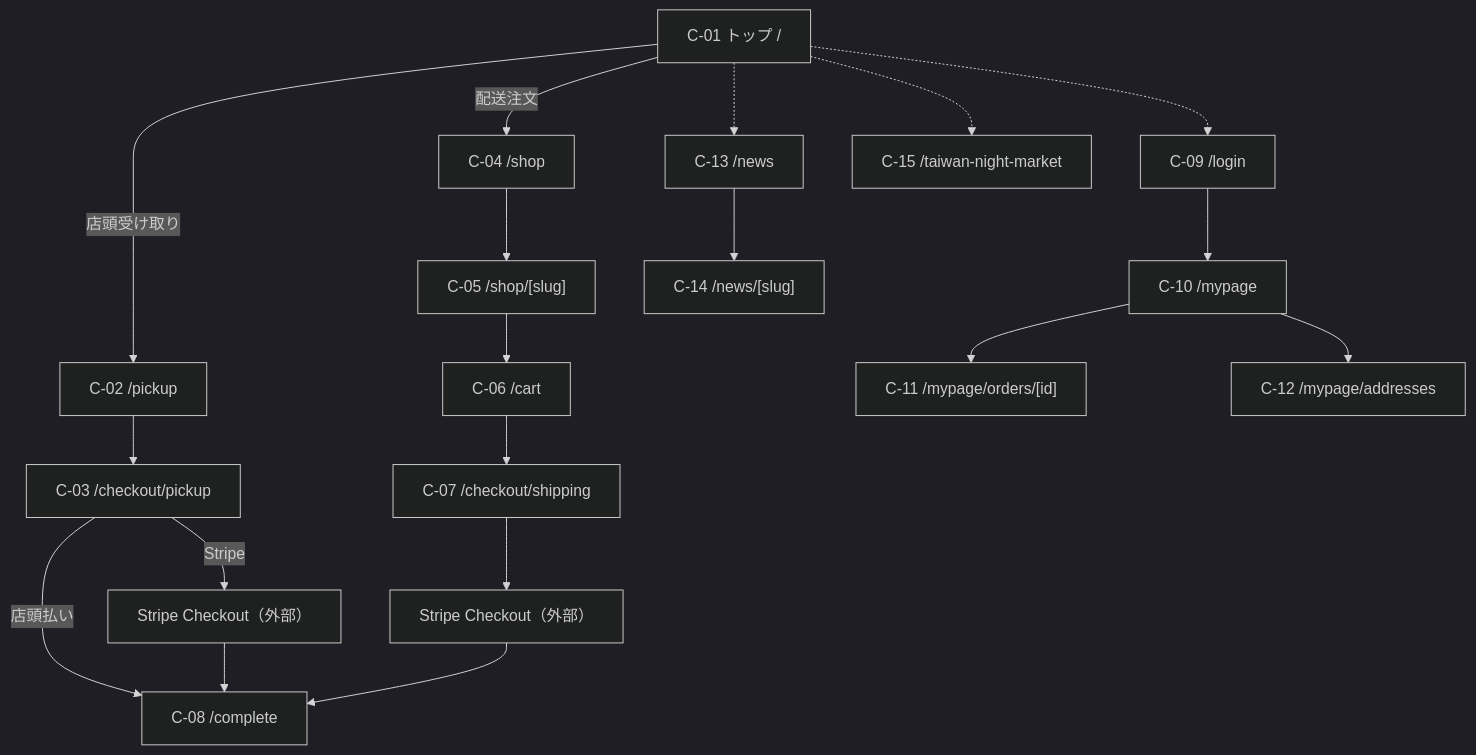
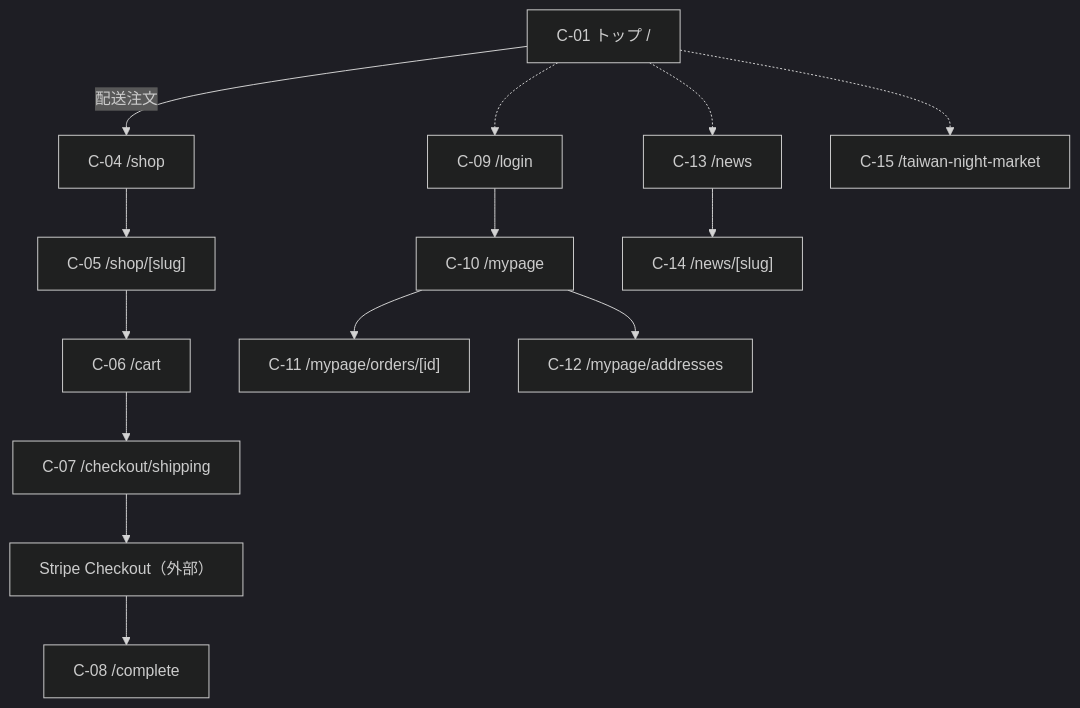
One commit to FuseKota/momo-payment changed the first of 2 diagrams in docs/SCREEN_DESIGN.md. Above: the diagram before and after it, drawn with Mermaid (dark theme). The commit also changed other lines of this file and 7 other files, not shown here.

First line of the commit message:
docs: 店頭受け取り/店頭払い/Square 撤去を全ドキュメントへ反映

````diff
--- a/docs/SCREEN_DESIGN.md
+++ b/docs/SCREEN_DESIGN.md
@@ -54,26 +52,20 @@
 ```mermaid
 graph TD
     Top["C-01 トップ /"]
-
-    Top -->|店頭受け取り| Pickup["C-02 /pickup"]
-    Pickup --> CkPickup["C-03 /checkout/pickup"]
-    CkPickup -->|店頭払い| Complete["C-08 /complete"]
-    CkPickup -->|Stripe| StripeP["Stripe Checkout（外部）"]
-    StripeP --> Complete
 
     Top -->|配送注文| Shop["C-04 /shop"]
     Shop --> Detail["C-05 /shop/[slug]"]
     Detail --> Cart["C-06 /cart"]
     Cart --> CkShip["C-07 /checkout/shipping"]
     CkShip --> StripeS["Stripe Checkout（外部）"]
-    StripeS --> Complete
+    StripeS --> Complete["C-08 /complete"]
 
     Top -.-> Login["C-09 /login"]
     Login --> MyPage["C-10 /mypage"]
     MyPage --> OrderDetail["C-11 /mypage/orders/[id]"]
     MyPage --> Addr["C-12 /mypage/addresses"]
 
     Top -.-> News["C-13 /news"]
     News --> NewsDetail["C-14 /news/[slug]"]
     Top -.-> Yoichi["C-15 /taiwan-night-market"]
 ```
````
